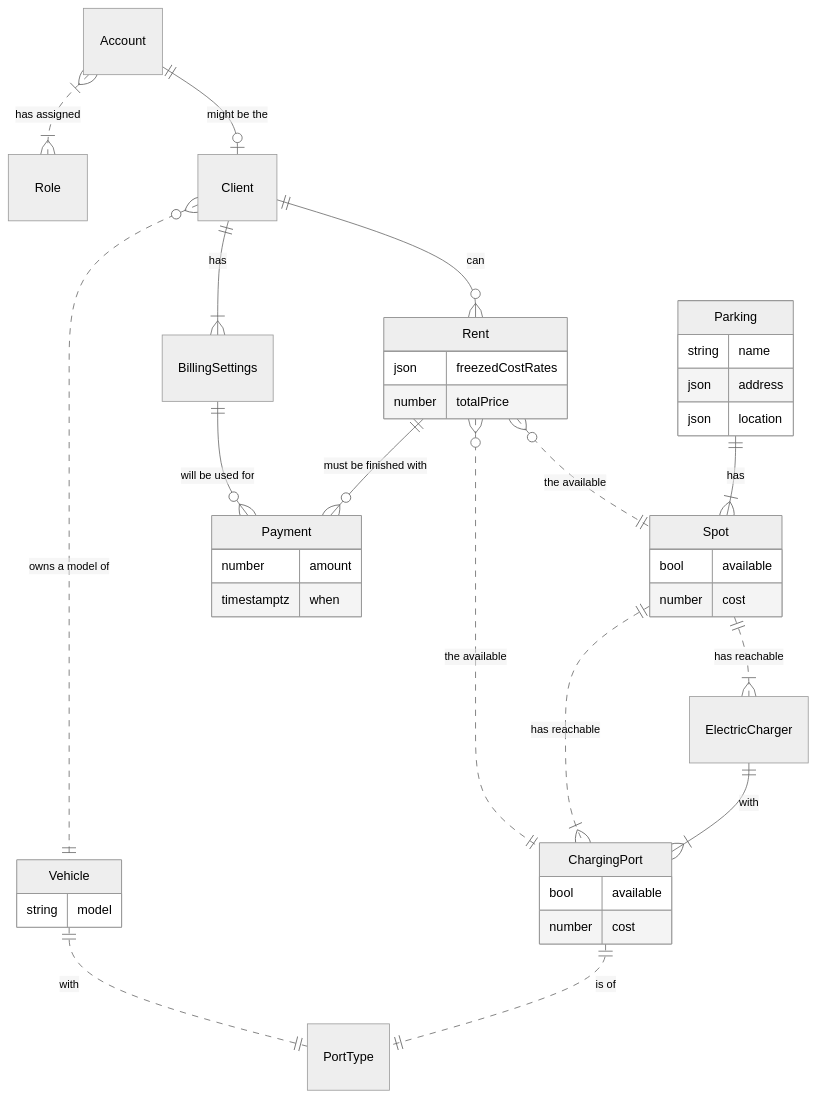
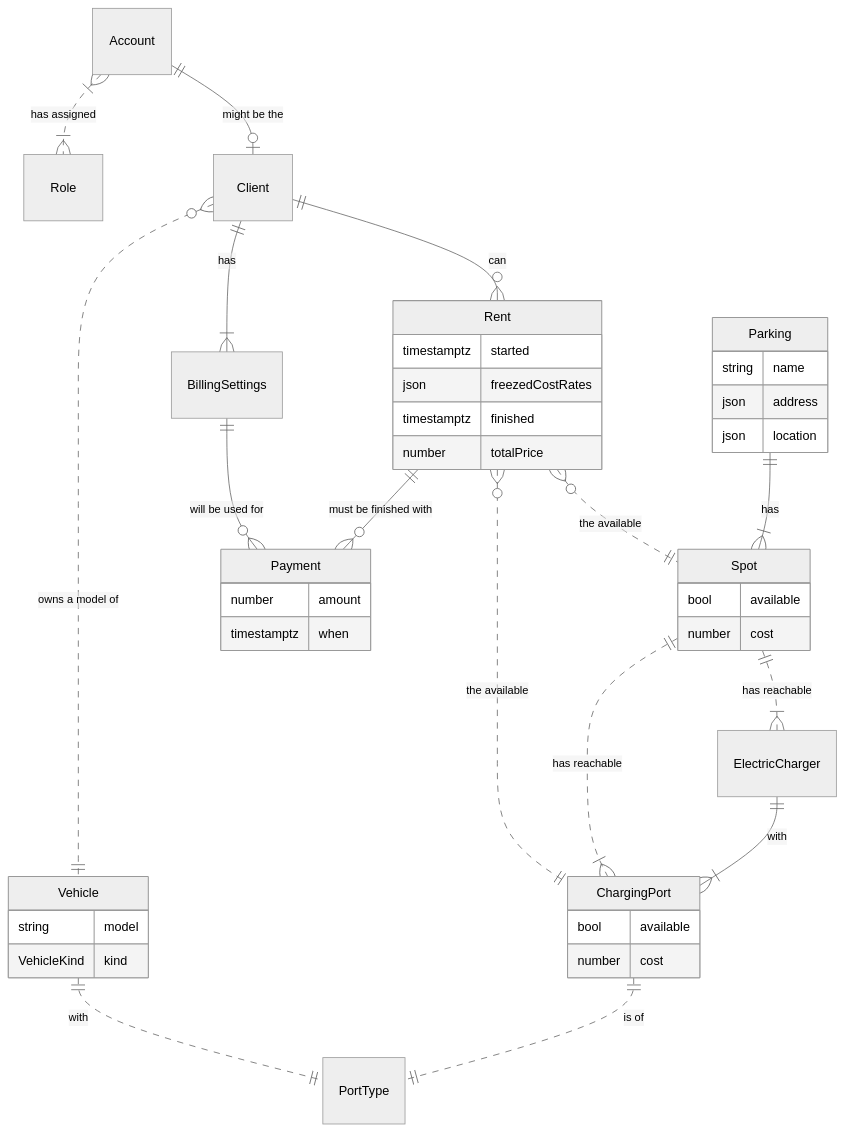
One commit to KLarpen/metatech-university-NodeJS2022-homework changed the third of 8 diagrams in JavaScript/d-tasks2-messenger/schemas/README.md. Above: the diagram before and after it, drawn with Mermaid (neutral theme). The commit also changed other lines of this file, not shown here.

Commit message:
More Mermaid in GitHub rendering tests based on successful results of the previous

````diff
--- a/JavaScript/d-tasks2-messenger/schemas/README.md
+++ b/JavaScript/d-tasks2-messenger/schemas/README.md
@@ -81,42 +107,48 @@
 ```mermaid
 erDiagram
   Vehicle {
     string model
+    VehicleKind kind
   }
   Parking {
     string name
     json address
     json location
   }
   Spot {
     bool available
     number cost
   }
   ChargingPort {
     bool available
     number cost
   }
   Rent {
+    timestamptz started
     json freezedCostRates
+    timestamptz finished
     number totalPrice
   }
   Payment {
     number amount
     timestamptz when
   }
+
   Account }|..|{ Role : "has assigned"
   Account ||--o| Client : "might be the"
   Client ||--|{ BillingSettings : has
   Client }o..|| Vehicle : "owns a model of"
   Vehicle ||..|| PortType : with
+
   Rent }o..|| Spot : "the available"
   Rent }o..|| ChargingPort : "the available"
   Client ||--o{ Rent : can
   BillingSettings ||--o{ Payment : "will be used for"
   Rent ||--o{ Payment : "must be finished with"
+
   Parking ||--|{ Spot : has
   Spot ||..|{ ElectricCharger : "has reachable"
   Spot ||..|{ ChargingPort : "has reachable"
   ElectricCharger ||--|{ ChargingPort : with
   ChargingPort ||..|| PortType : "is of"
 ```
````
